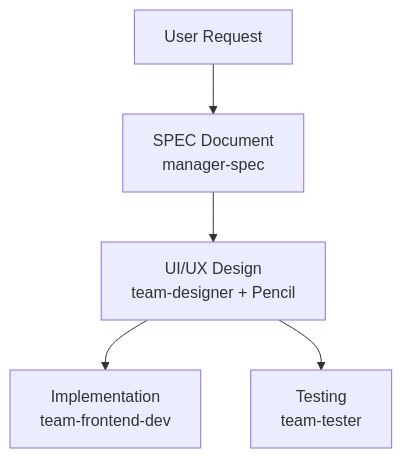
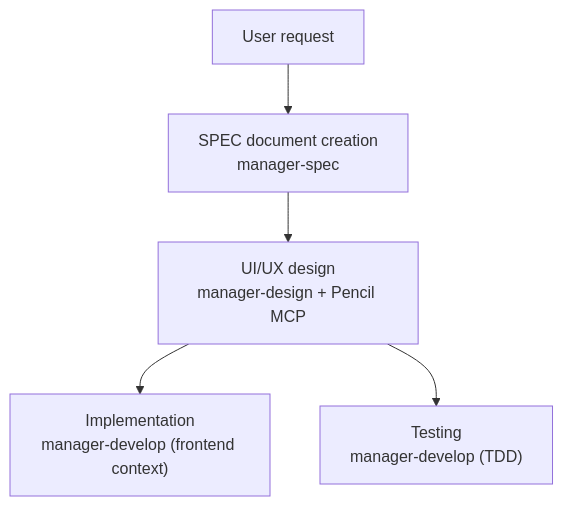
The fourth of 4 diagrams in docs-site/content/en/advanced/pencil-guide.md (modu-ai/moai-adk), drawn with Mermaid before and after one commit. The commit also changed other lines of this file and 395 other files, not shown here.

````diff
--- a/docs-site/content/en/advanced/pencil-guide.md
+++ b/docs-site/content/en/advanced/pencil-guide.md
@@ -691,7 +659,7 @@
 ```mermaid
 flowchart TD
-    REQ["User Request"] --> SPEC["SPEC Document<br>manager-spec"]
-    SPEC --> DESIGN["UI/UX Design<br>team-designer + Pencil"]
-    DESIGN --> DEV["Implementation<br>team-frontend-dev"]
-    DESIGN --> TEST["Testing<br>team-tester"]
+    REQ["User request"] --> SPEC["SPEC document creation<br>manager-spec"]
+    SPEC --> DESIGN["UI/UX design<br>manager-design + Pencil MCP"]
+    DESIGN --> DEV["Implementation<br>manager-develop (frontend context)"]
+    DESIGN --> TEST["Testing<br>manager-develop (TDD)"]
 ```
````
